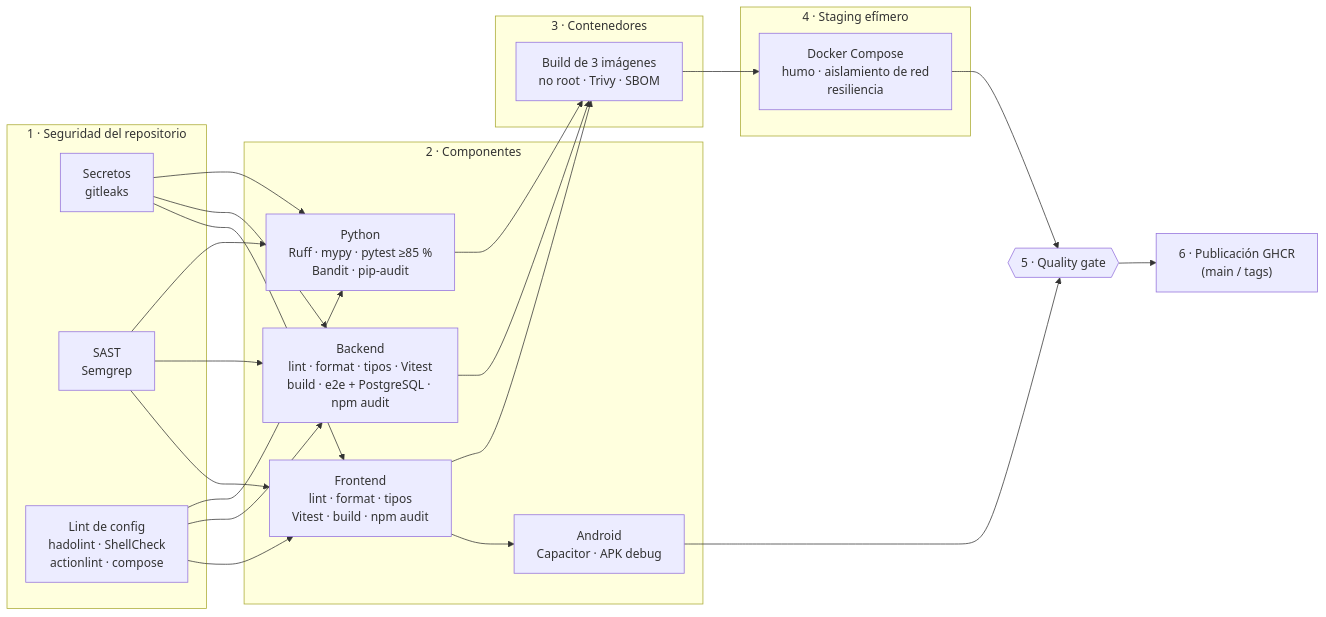
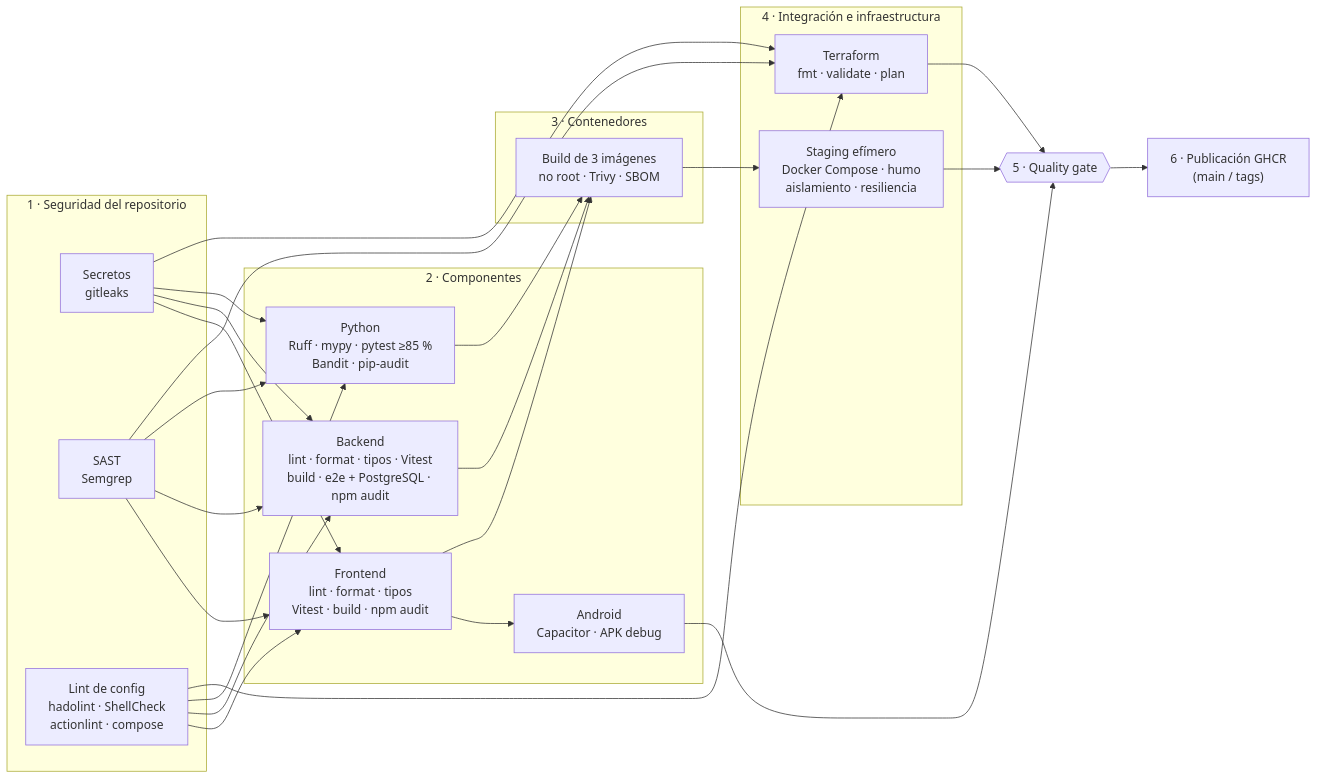
One commit to Dakotahh1/SmartCommerce changed the diagram in docs/07-pipeline-devsecops.md. Above: the diagram before and after it, drawn with Mermaid. The commit also changed other lines of this file and 2 other files, not shown here.

Commit message:
docs: infraestructura como código, ambiente de staging y evidencia real de bloqueo

````diff
--- a/docs/07-pipeline-devsecops.md
+++ b/docs/07-pipeline-devsecops.md
@@ -18,27 +18,28 @@
 ```mermaid
 flowchart LR
     subgraph s1["1 · Seguridad del repositorio"]
         gl["Secretos<br/>gitleaks"]
         sg["SAST<br/>Semgrep"]
         cl["Lint de config<br/>hadolint · ShellCheck<br/>actionlint · compose"]
     end
     subgraph s2["2 · Componentes"]
         fe["Frontend<br/>lint · format · tipos<br/>Vitest · build · npm audit"]
         be["Backend<br/>lint · format · tipos · Vitest<br/>build · e2e + PostgreSQL · npm audit"]
         py["Python<br/>Ruff · mypy · pytest ≥85 %<br/>Bandit · pip-audit"]
         an["Android<br/>Capacitor · APK debug"]
     end
     subgraph s3["3 · Contenedores"]
         im["Build de 3 imágenes<br/>no root · Trivy · SBOM"]
     end
-    subgraph s4["4 · Staging efímero"]
-        st["Docker Compose<br/>humo · aislamiento de red<br/>resiliencia"]
+    subgraph s4["4 · Integración e infraestructura"]
+        st["Staging efímero<br/>Docker Compose · humo<br/>aislamiento · resiliencia"]
+        tf["Terraform<br/>fmt · validate · plan"]
     end
     qg{{"5 · Quality gate"}}
     pub["6 · Publicación GHCR<br/>(main / tags)"]
 
-    gl & sg & cl --> fe & be & py
+    gl & sg & cl --> fe & be & py & tf
     fe --> an
     fe & be & py --> im --> st
-    st & an --> qg --> pub
+    st & an & tf --> qg --> pub
 ```
````
